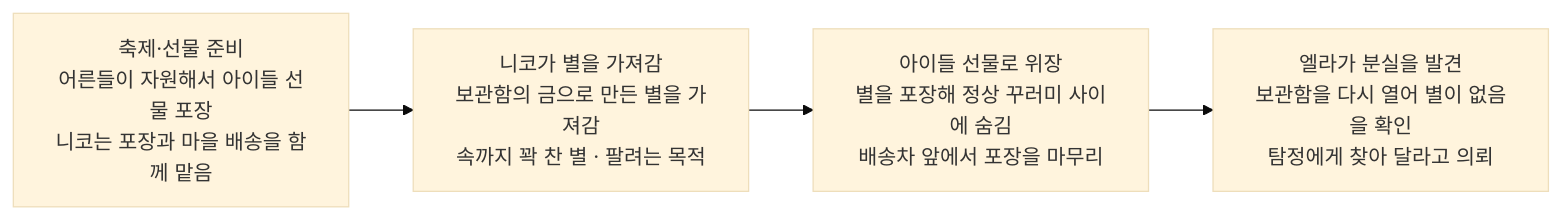
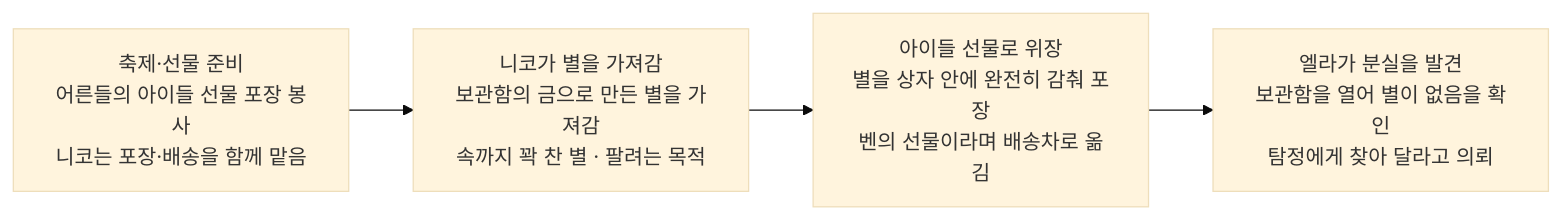
Before and after one commit to wonny95/detective-v2: the first of 2 diagrams in design/case-10-christmas-star.md, drawn with Mermaid (base theme). The commit also changed other lines of this file and 6 other files, not shown here.

````diff
--- a/design/case-10-christmas-star.md
+++ b/design/case-10-christmas-star.md
@@ -36,10 +36,10 @@
 ```mermaid
 flowchart LR
-    t1["축제·선물 준비<br/>어른들이 자원해서 아이들 선물 포장<br/>니코는 포장과 마을 배송을 함께 맡음"]
+    t1["축제·선물 준비<br/>어른들의 아이들 선물 포장 봉사<br/>니코는 포장·배송을 함께 맡음"]
     t2["니코가 별을 가져감<br/>보관함의 금으로 만든 별을 가져감<br/>속까지 꽉 찬 별 · 팔려는 목적"]
-    t3["아이들 선물로 위장<br/>별을 포장해 정상 꾸러미 사이에 숨김<br/>배송차 앞에서 포장을 마무리"]
-    t4["엘라가 분실을 발견<br/>보관함을 다시 열어 별이 없음을 확인<br/>탐정에게 찾아 달라고 의뢰"]
+    t3["아이들 선물로 위장<br/>별을 상자 안에 완전히 감춰 포장<br/>벤의 선물이라며 배송차로 옮김"]
+    t4["엘라가 분실을 발견<br/>보관함을 열어 별이 없음을 확인<br/>탐정에게 찾아 달라고 의뢰"]
     t1 --> t2
     t2 --> t3
     t3 --> t4
 ```
````
